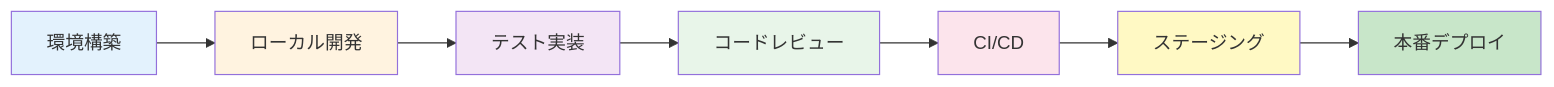
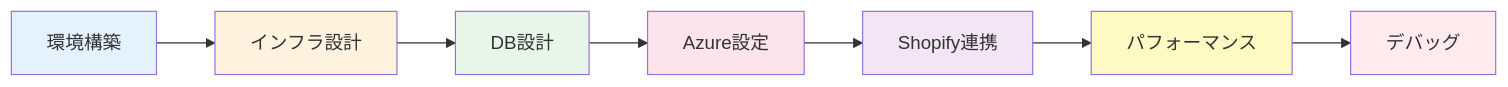
Before and after one commit to sideworks-fuk/shopify-ai-marketing-suite: the diagram in docs/04-development/README.md, drawn with Mermaid. The commit also changed other lines of this file and 109 other files, not shown here.

````diff
--- a/docs/04-development/README.md
+++ b/docs/04-development/README.md
@@ -116,17 +141,17 @@
 ```mermaid
 graph LR
-    A[環境構築] --> B[ローカル開発]
-    B --> C[テスト実装]
-    C --> D[コードレビュー]
-    D --> E[CI/CD]
-    E --> F[ステージング]
-    F --> G[本番デプロイ]
+    A[環境構築] --> B[インフラ設計]
+    B --> C[DB設計]
+    C --> D[Azure設定]
+    D --> E[Shopify連携]
+    E --> F[パフォーマンス]
+    F --> G[デバッグ]
     
     style A fill:#e3f2fd
     style B fill:#fff3e0
-    style C fill:#f3e5f5
-    style D fill:#e8f5e9
-    style E fill:#fce4ec
+    style C fill:#e8f5e9
+    style D fill:#fce4ec
+    style E fill:#f3e5f5
     style F fill:#fff9c4
-    style G fill:#c8e6c9
+    style G fill:#ffebee
 ```
````
